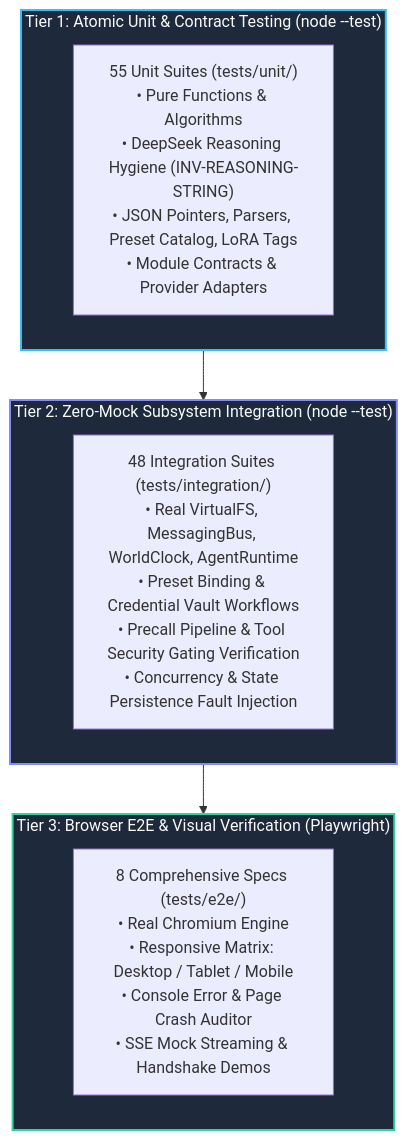
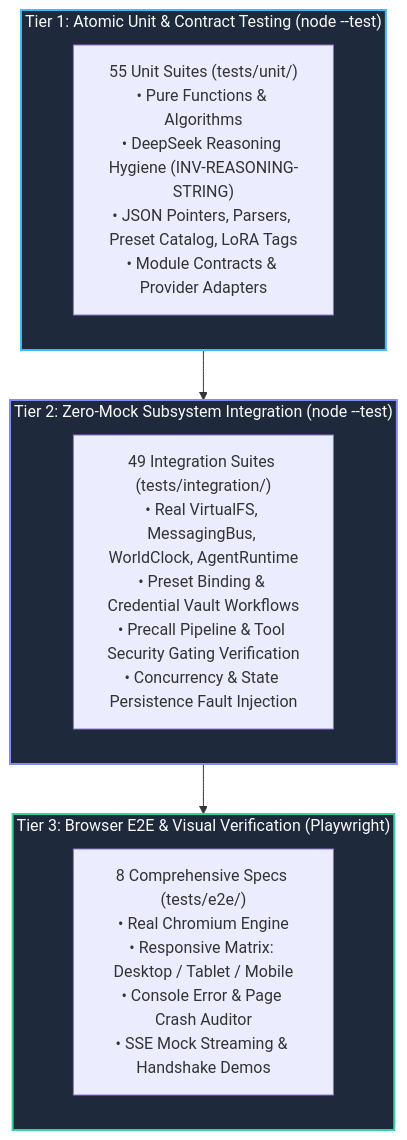
Before and after one commit to crestfallnafterdark/nightcurtain: the first of 3 diagrams in docs/testing/testing_strategy.md, drawn with Mermaid. The commit also changed other lines of this file and 4 other files, not shown here.

````diff
--- a/docs/testing/testing_strategy.md
+++ b/docs/testing/testing_strategy.md
@@ -15,24 +15,24 @@
 ```mermaid
 graph TD
     subgraph L3["Tier 3: Browser E2E & Visual Verification (Playwright)"]
         E2E["8 Comprehensive Specs (tests/e2e/)<br/>• Real Chromium Engine<br/>• Responsive Matrix: Desktop / Tablet / Mobile<br/>• Console Error & Page Crash Auditor<br/>• SSE Mock Streaming & Handshake Demos"]
     end
 
     subgraph L2["Tier 2: Zero-Mock Subsystem Integration (node --test)"]
-        INT["48 Integration Suites (tests/integration/)<br/>• Real VirtualFS, MessagingBus, WorldClock, AgentRuntime<br/>• Preset Binding & Credential Vault Workflows<br/>• Precall Pipeline & Tool Security Gating Verification<br/>• Concurrency & State Persistence Fault Injection"]
+        INT["49 Integration Suites (tests/integration/)<br/>• Real VirtualFS, MessagingBus, WorldClock, AgentRuntime<br/>• Preset Binding & Credential Vault Workflows<br/>• Precall Pipeline & Tool Security Gating Verification<br/>• Concurrency & State Persistence Fault Injection"]
     end
 
     subgraph L1["Tier 1: Atomic Unit & Contract Testing (node --test)"]
         UNIT["55 Unit Suites (tests/unit/)<br/>• Pure Functions & Algorithms<br/>• DeepSeek Reasoning Hygiene (INV-REASONING-STRING)<br/>• JSON Pointers, Parsers, Preset Catalog, LoRA Tags<br/>• Module Contracts & Provider Adapters"]
     end
 
     L1 --> L2
     L2 --> L3
 
     classDef l1 fill:#1e293b,stroke:#38bdf8,stroke-width:2px,color:#f8fafc;
     classDef l2 fill:#1e293b,stroke:#818cf8,stroke-width:2px,color:#f8fafc;
     classDef l3 fill:#1e293b,stroke:#34d399,stroke-width:2px,color:#f8fafc;
     class L1 l1;
     class L2 l2;
     class L3 l3;
 ```
````
